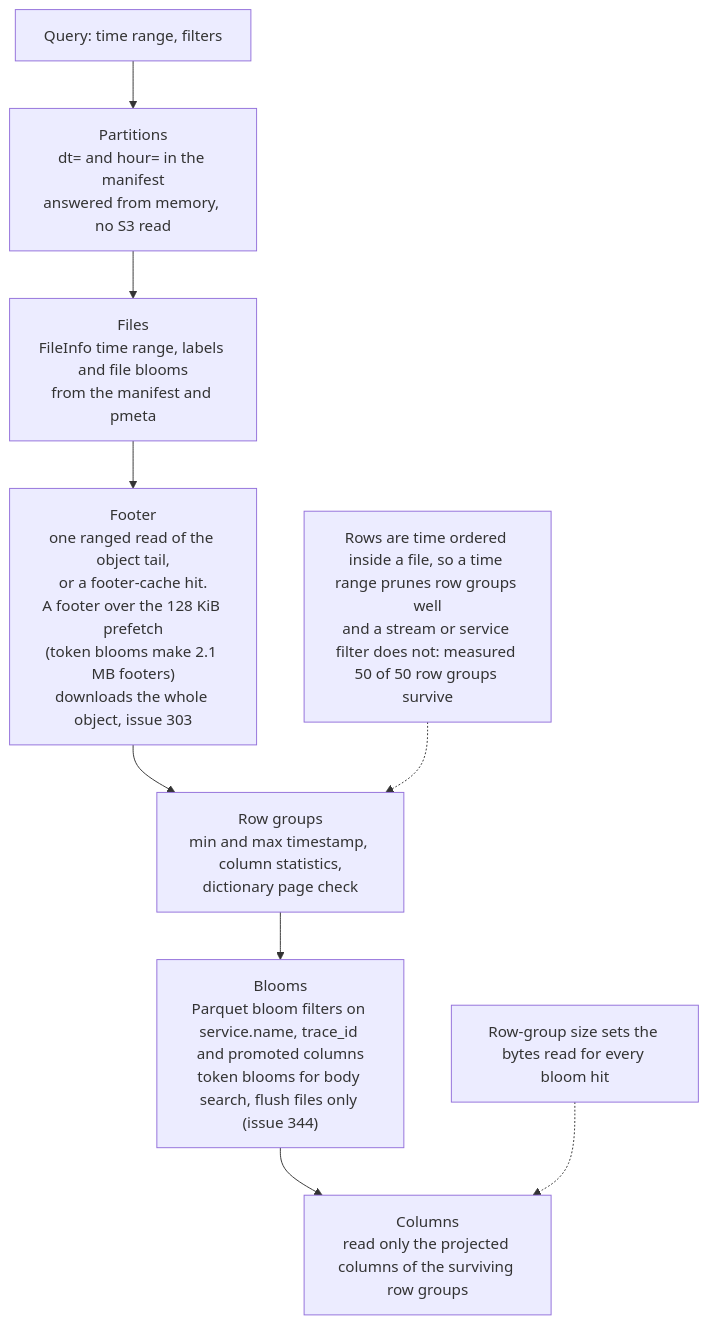
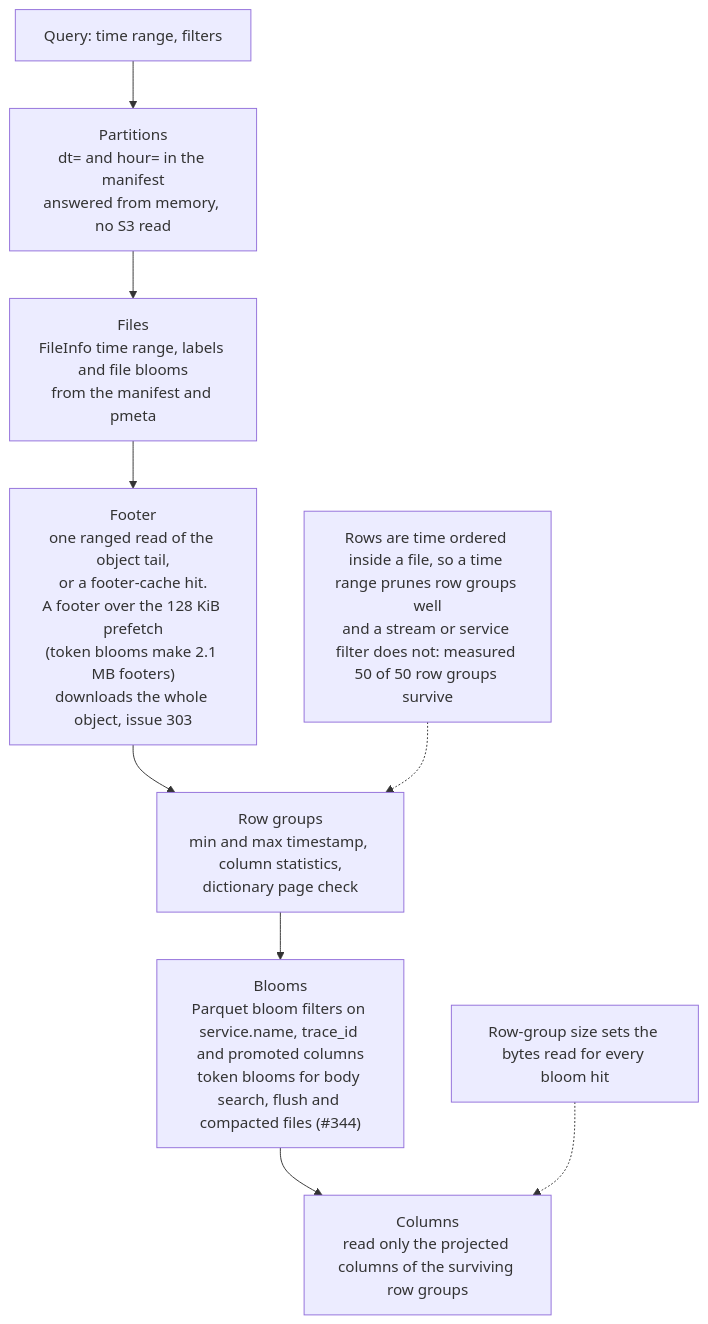
One commit to ReliablyObserve/victoria-lakehouse changed the third of 5 diagrams in docs/storage-efficiency.md. Above: the diagram before and after it, drawn with Mermaid. The commit also changed other lines of this file, not shown here.

Commit message:
docs: the storage-efficiency page no longer calls the missing compaction token blooms open (#344)

````diff
--- a/docs/storage-efficiency.md
+++ b/docs/storage-efficiency.md
@@ -131,11 +131,11 @@
 ```mermaid
 flowchart TD
     Q["Query: time range, filters"] --> P["Partitions<br/>dt= and hour= in the manifest<br/>answered from memory, no S3 read"]
     P --> FL["Files<br/>FileInfo time range, labels and file blooms<br/>from the manifest and pmeta"]
     FL --> FT["Footer<br/>one ranged read of the object tail,<br/>or a footer-cache hit.<br/>A footer over the 128 KiB prefetch<br/>(token blooms make 2.1 MB footers)<br/>downloads the whole object, issue 303"]
     FT --> RG["Row groups<br/>min and max timestamp, column statistics,<br/>dictionary page check"]
-    RG --> BL["Blooms<br/>Parquet bloom filters on service.name, trace_id and promoted columns<br/>token blooms for body search, flush files only (issue 344)"]
+    RG --> BL["Blooms<br/>Parquet bloom filters on service.name, trace_id and promoted columns<br/>token blooms for body search, flush and compacted files (#344)"]
     BL --> CO["Columns<br/>read only the projected columns of the surviving row groups"]
     N1["Rows are time ordered inside a file, so a time range prunes row groups well<br/>and a stream or service filter does not: measured 50 of 50 row groups survive"] -.-> RG
     N2["Row-group size sets the bytes read for every bloom hit"] -.-> CO
 ```
````
